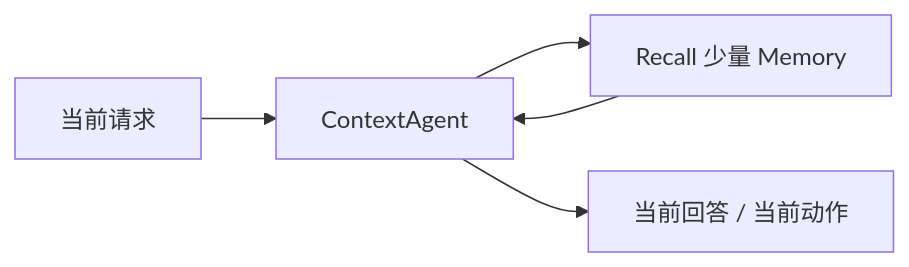
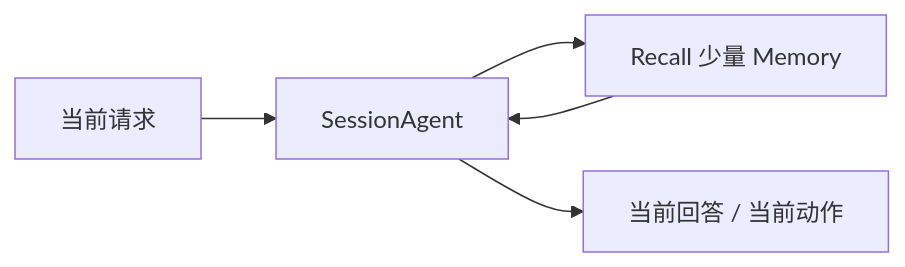
One commit to wangenius/downcity changed the third of 4 diagrams in homepage/content/devdocs/zh/memory/overview.mdx. Above: the diagram before and after it, drawn with Mermaid. The commit also changed other lines of this file and 34 other files, not shown here.

````diff
--- a/homepage/content/devdocs/zh/memory/overview.mdx
+++ b/homepage/content/devdocs/zh/memory/overview.mdx
@@ -211,7 +210,7 @@
 ```mermaid
 flowchart LR
-  Q["当前请求"] --> CA["ContextAgent"]
+  Q["当前请求"] --> CA["SessionAgent"]
   CA --> R["Recall 少量 Memory"]
   R --> CA
   CA --> OUT["当前回答 / 当前动作"]
 ```
````
